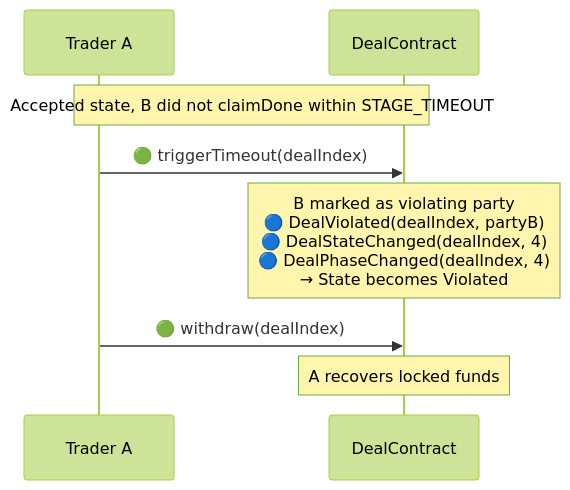
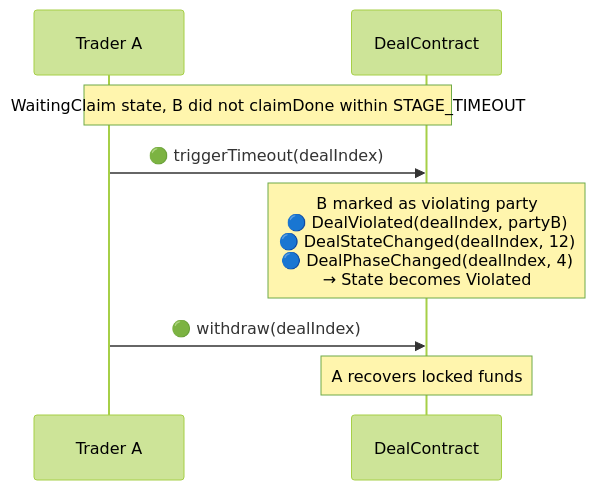
One commit to synctxai/synctx changed the fourth of 9 diagrams in examples/x-quote/x-quote-design.md. Above: the diagram before and after it, drawn with Mermaid (forest theme). The commit also changed other lines of this file and 4 other files, not shown here.

````diff
--- a/examples/x-quote/x-quote-design.md
+++ b/examples/x-quote/x-quote-design.md
@@ -328,11 +359,11 @@
 ```mermaid
 sequenceDiagram
     participant A as Trader A
     participant D as DealContract
 
-    Note over A,D: Accepted state, B did not claimDone within STAGE_TIMEOUT
+    Note over A,D: WaitingClaim state, B did not claimDone within STAGE_TIMEOUT
     A->>D: 🟢 triggerTimeout(dealIndex)
-    Note over D: B marked as violating party<br/>🔵 DealViolated(dealIndex, partyB)<br/>🔵 DealStateChanged(dealIndex, 4)<br/>🔵 DealPhaseChanged(dealIndex, 4)<br/>→ State becomes Violated
+    Note over D: B marked as violating party<br/>🔵 DealViolated(dealIndex, partyB)<br/>🔵 DealStateChanged(dealIndex, 12)<br/>🔵 DealPhaseChanged(dealIndex, 4)<br/>→ State becomes Violated
     A->>D: 🟢 withdraw(dealIndex)
     Note over D: A recovers locked funds
 ```
````
